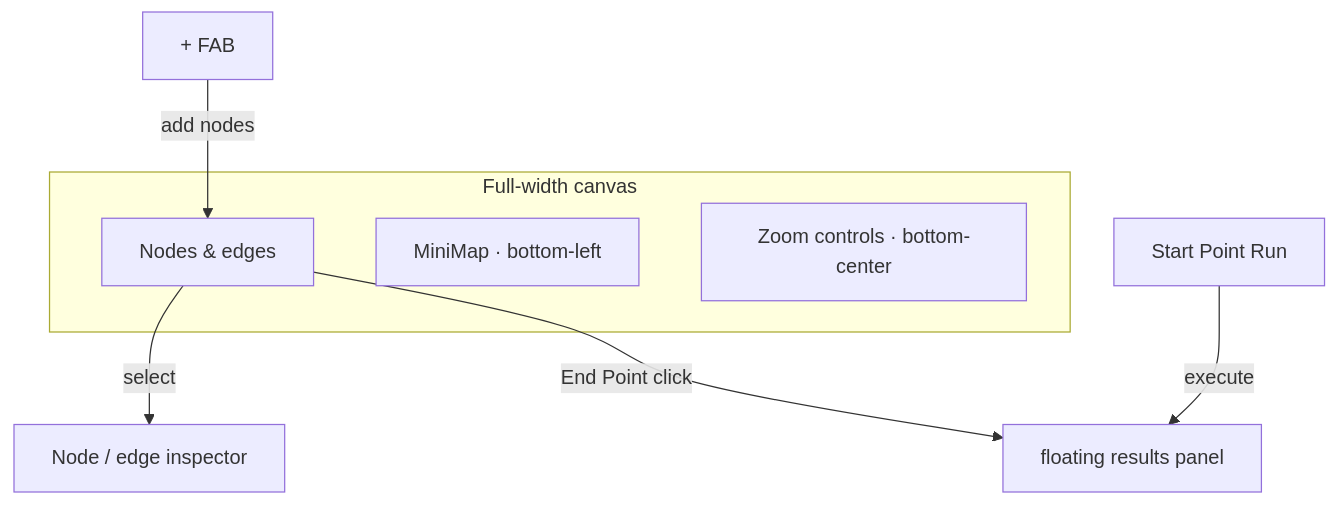
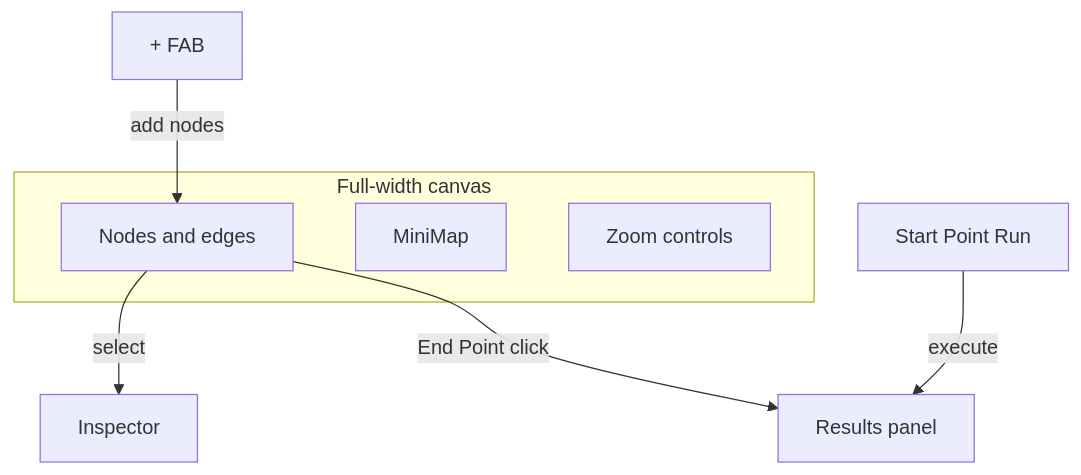
Before and after one commit to sumin-ma-1/operate-ai: the second of 2 diagrams in README.md, drawn with Mermaid. The commit also changed other lines of this file and 1 other file, not shown here.

````diff
--- a/README.md
+++ b/README.md
@@ -66,13 +42,13 @@
 ```mermaid
 flowchart TB
   subgraph Canvas["Full-width canvas"]
-    N[Nodes & edges]
-    MM[MiniMap · bottom-left]
-    ZM[Zoom controls · bottom-center]
+    N[Nodes and edges]
+    MM[MiniMap]
+    ZM[Zoom controls]
   end
 
   Add["+ FAB"] -->|add nodes| N
-  Start["Start Point Run"] -->|execute| Panel[floating results panel]
-  N -->|select| Insp[Node / edge inspector]
+  Start["Start Point Run"] -->|execute| Panel[Results panel]
+  N -->|select| Insp[Inspector]
   N -->|End Point click| Panel
 ```
````
